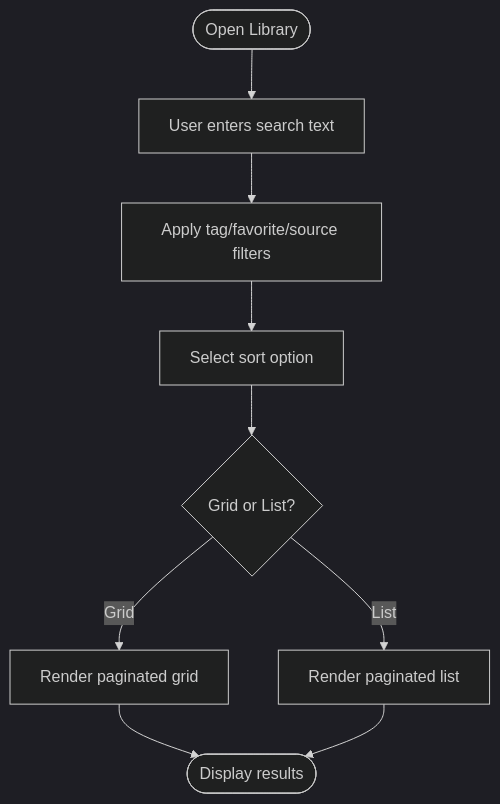
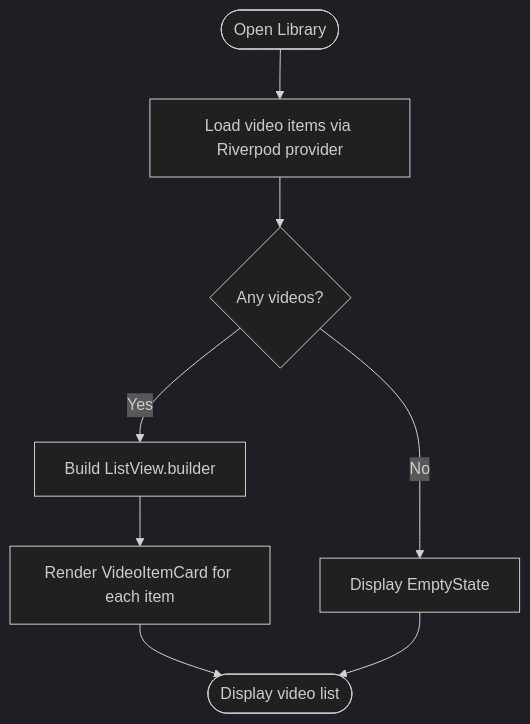
One commit to Rana76-u/mytube changed the third of 10 diagrams in .qoder/repowiki/en/content/Feature Modules/Library Feature.md. Above: the diagram before and after it, drawn with Mermaid (dark theme). The commit also changed other lines of this file and 62 other files, not shown here.

````diff
--- a/.qoder/repowiki/en/content/Feature Modules/Library Feature.md
+++ b/.qoder/repowiki/en/content/Feature Modules/Library Feature.md
@@ -125,11 +147,10 @@
 ```mermaid
 flowchart TD
-Start(["Open Library"]) --> SearchInput["User enters search text"]
-SearchInput --> Filters["Apply tag/favorite/source filters"]
-Filters --> Sort["Select sort option"]
-Sort --> ViewMode{"Grid or List?"}
-ViewMode --> |Grid| GridRender["Render paginated grid"]
-ViewMode --> |List| ListRender["Render paginated list"]
-GridRender --> End(["Display results"])
-ListRender --> End
+Start(["Open Library"]) --> LoadData["Load video items via Riverpod provider"]
+LoadData --> CheckEmpty{"Any videos?"}
+CheckEmpty --> |No| ShowEmpty["Display EmptyState"]
+CheckEmpty --> |Yes| BuildList["Build ListView.builder"]
+BuildList --> RenderCards["Render VideoItemCard for each item"]
+RenderCards --> End(["Display video list"])
+ShowEmpty --> End
 ```
````
